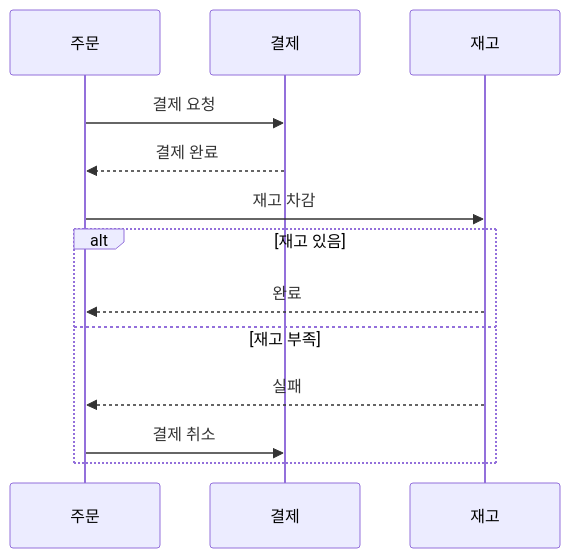
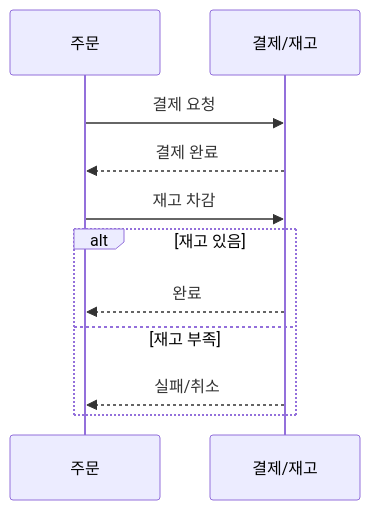
One commit to yjkim2015/yjkim2015.github.io changed diagram 11 of 15 in _posts/architecture/2026-05-02-msa-deep.md. Above: the diagram before and after it, drawn with Mermaid. The commit also changed 48 other files, not shown here.

First line of the commit message:
Mermaid 최종 47건 수정: participant/노드/줄수/라벨 전부 기준 이하

````diff
--- a/_posts/architecture/2026-05-02-msa-deep.md
+++ b/_posts/architecture/2026-05-02-msa-deep.md
@@ -376,15 +376,13 @@
 ```mermaid
 sequenceDiagram
     participant OS as 주문
-    participant PS as 결제
-    participant IS as 재고
+    participant PS as 결제/재고
     OS->>PS: 결제 요청
     PS-->>OS: 결제 완료
-    OS->>IS: 재고 차감
+    OS->>PS: 재고 차감
     alt 재고 있음
-        IS-->>OS: 완료
+        PS-->>OS: 완료
     else 재고 부족
-        IS-->>OS: 실패
-        OS->>PS: 결제 취소
+        PS-->>OS: 실패/취소
     end
 ```
````
